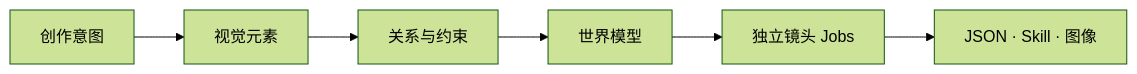
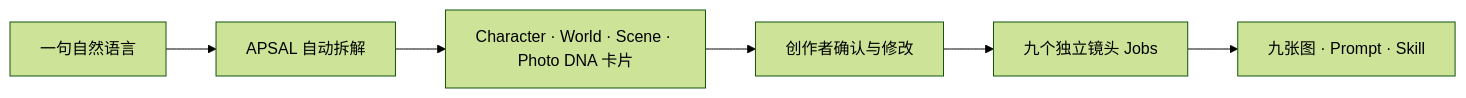
One commit to henyjone/apsal-open changed the diagram in README.zh-CN.md. Above: the diagram before and after it, drawn with Mermaid (forest theme). The commit also changed other lines of this file and 38 other files, not shown here.

````diff
--- a/README.zh-CN.md
+++ b/README.zh-CN.md
@@ -26,8 +26,8 @@
 ```mermaid
 flowchart LR
-    A["创作意图"] --> B["视觉元素"]
-    B --> C["关系与约束"]
-    C --> D["世界模型"]
-    D --> E["独立镜头 Jobs"]
-    E --> F["JSON · Skill · 图像"]
+    A["一句自然语言"] --> B["APSAL 自动拆解"]
+    B --> C["Character · World · Scene · Photo DNA 卡片"]
+    C --> D["创作者确认与修改"]
+    D --> E["九个独立镜头 Jobs"]
+    E --> F["九张图 · Prompt · Skill"]
 ```
````
